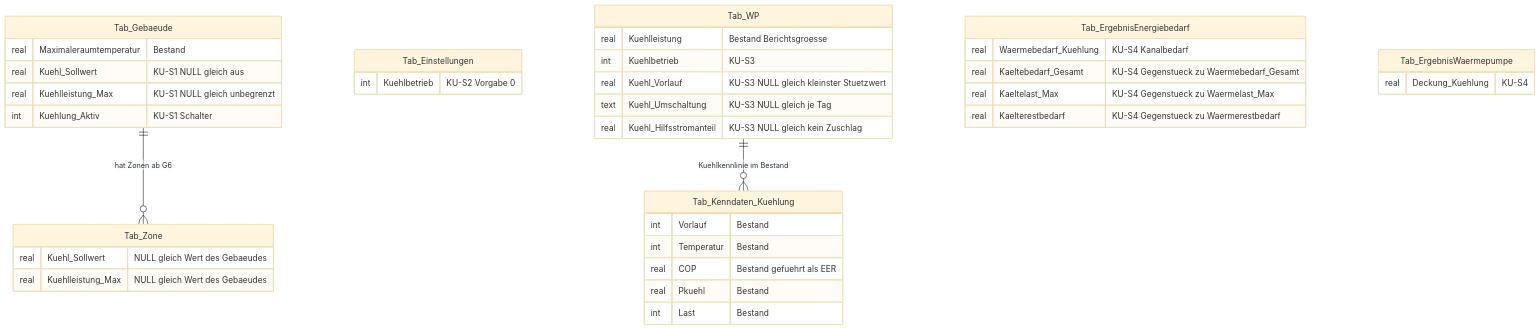
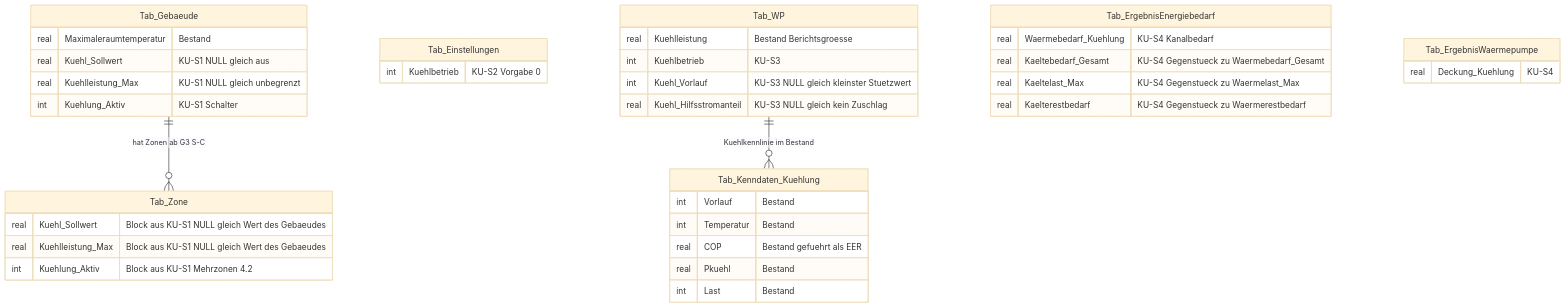
The third of 4 diagrams in Dokumentation/aktuell/Konzept_Kuehlung_Gebaeudesimulation_EPOS-Plan.md (inekon/EPOS-Plan), drawn with Mermaid (base theme) before and after one commit. The commit also changed other lines of this file and 15 other files, not shown here.

````diff
--- a/Dokumentation/aktuell/Konzept_Kuehlung_Gebaeudesimulation_EPOS-Plan.md
+++ b/Dokumentation/aktuell/Konzept_Kuehlung_Gebaeudesimulation_EPOS-Plan.md
@@ -1515,41 +1601,41 @@
 ```mermaid
 erDiagram
-    Tab_Gebaeude ||--o{ Tab_Zone : "hat Zonen ab G6"
+    Tab_Gebaeude ||--o{ Tab_Zone : "hat Zonen ab G3 S-C"
     Tab_Gebaeude {
         real Maximaleraumtemperatur "Bestand"
         real Kuehl_Sollwert "KU-S1 NULL gleich aus"
         real Kuehlleistung_Max "KU-S1 NULL gleich unbegrenzt"
         int Kuehlung_Aktiv "KU-S1 Schalter"
     }
     Tab_Zone {
-        real Kuehl_Sollwert "NULL gleich Wert des Gebaeudes"
-        real Kuehlleistung_Max "NULL gleich Wert des Gebaeudes"
+        real Kuehl_Sollwert "Block aus KU-S1 NULL gleich Wert des Gebaeudes"
+        real Kuehlleistung_Max "Block aus KU-S1 NULL gleich Wert des Gebaeudes"
+        int Kuehlung_Aktiv "Block aus KU-S1 Mehrzonen 4.2"
     }
     Tab_Einstellungen {
         int Kuehlbetrieb "KU-S2 Vorgabe 0"
     }
     Tab_WP ||--o{ Tab_Kenndaten_Kuehlung : "Kuehlkennlinie im Bestand"
     Tab_WP {
         real Kuehlleistung "Bestand Berichtsgroesse"
         int Kuehlbetrieb "KU-S3"
-        real Kuehl_Vorlauf "KU-S3 NULL gleich kleinster Stuetzwert"
-        text Kuehl_Umschaltung "KU-S3 NULL gleich je Tag"
+        int Kuehl_Vorlauf "KU-S3 NULL gleich kleinster Stuetzwert"
         real Kuehl_Hilfsstromanteil "KU-S3 NULL gleich kein Zuschlag"
     }
     Tab_Kenndaten_Kuehlung {
         int Vorlauf "Bestand"
         int Temperatur "Bestand"
         real COP "Bestand gefuehrt als EER"
         real Pkuehl "Bestand"
         int Last "Bestand"
     }
     Tab_ErgebnisEnergiebedarf {
         real Waermebedarf_Kuehlung "KU-S4 Kanalbedarf"
         real Kaeltebedarf_Gesamt "KU-S4 Gegenstueck zu Waermebedarf_Gesamt"
         real Kaeltelast_Max "KU-S4 Gegenstueck zu Waermelast_Max"
         real Kaelterestbedarf "KU-S4 Gegenstueck zu Waermerestbedarf"
     }
     Tab_ErgebnisWaermepumpe {
         real Deckung_Kuehlung "KU-S4"
     }
 ```
````
